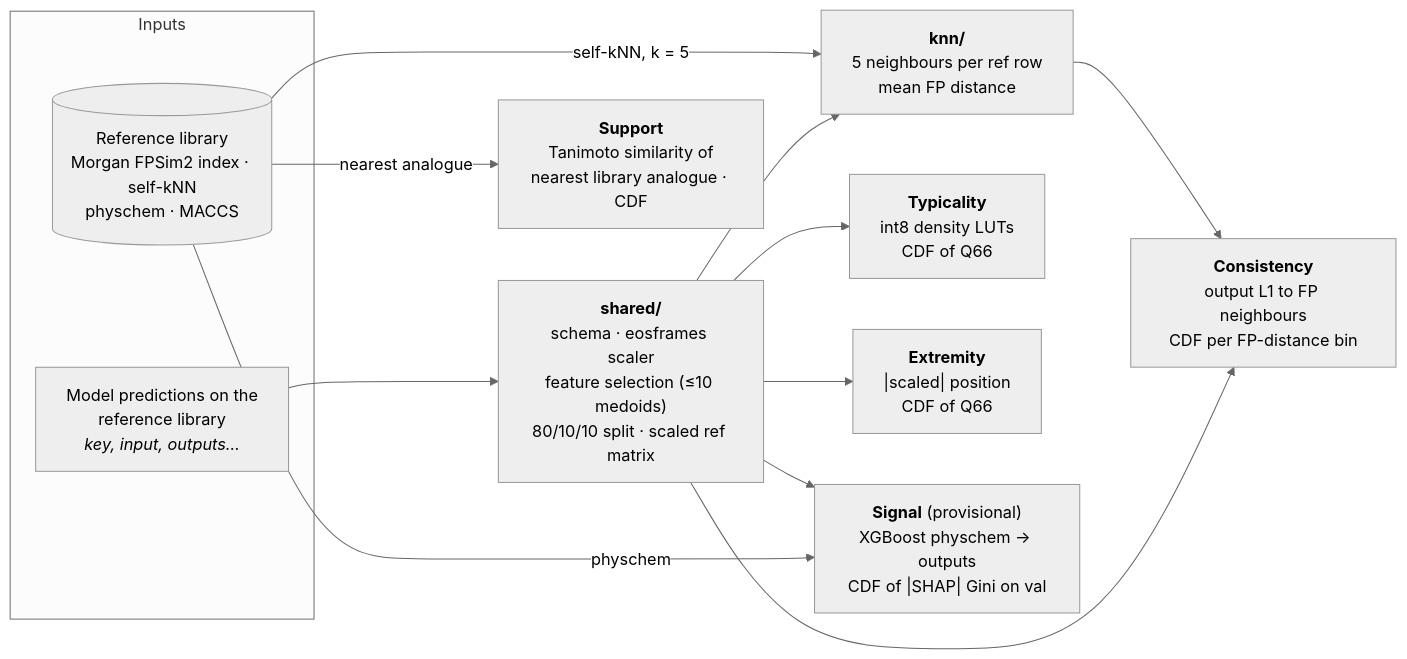
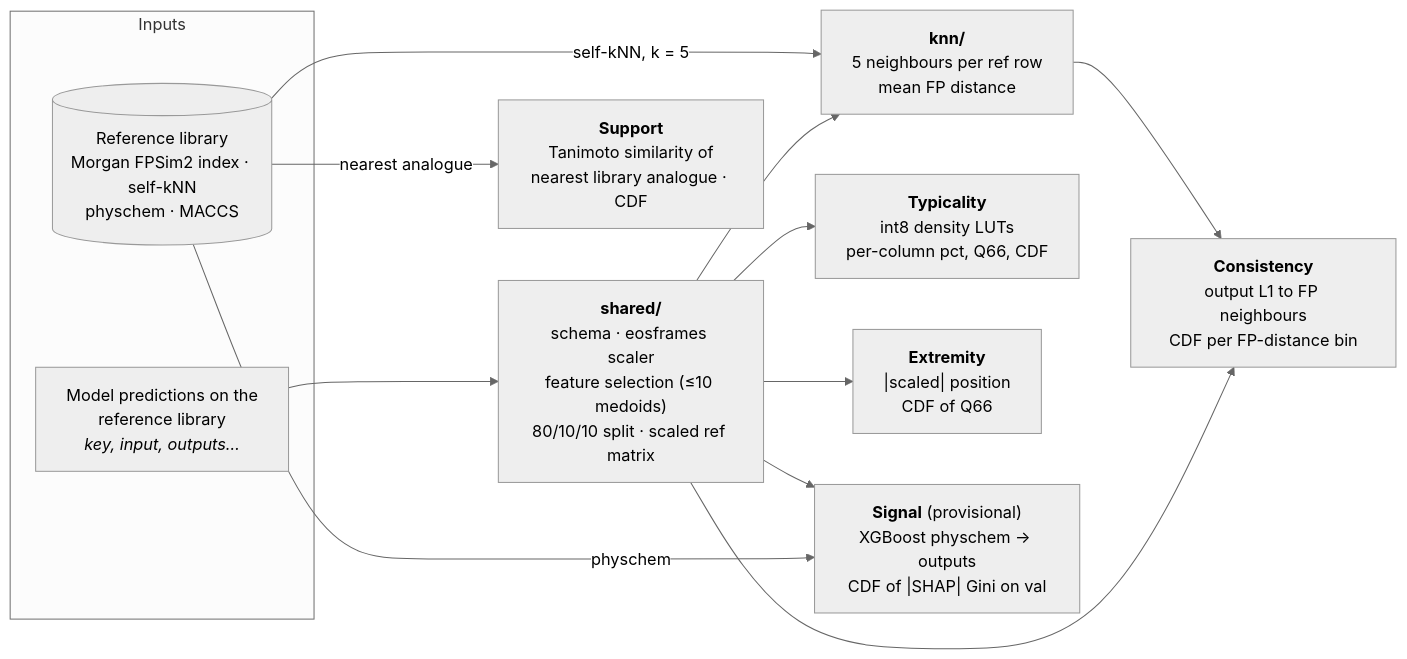
One commit to ersilia-os/eosquality changed the first of 3 diagrams in docs/diagram.md. Above: the diagram before and after it, drawn with Mermaid (neutral theme). The commit also changed 19 other files, not shown here.

First line of the commit message:
Typicality: per-column percentiles, ref_typicality_pct/_raw, details in the reference details file

````diff
--- a/docs/diagram.md
+++ b/docs/diagram.md
@@ -5,19 +5,19 @@
 ```mermaid
 flowchart LR
     subgraph inputs[Inputs]
         REF["Model predictions on the<br/>reference library<br/><i>key, input, outputs…</i>"]
         LIB[("Reference library<br/>Morgan FPSim2 index · self-kNN<br/>physchem · MACCS")]
     end
 
     REF --> SH["<b>shared/</b><br/>schema · eosframes scaler<br/>feature selection (≤10 medoids)<br/>80/10/10 split · scaled ref matrix"]
     LIB -- "self-kNN, k = 5" --> KNN["<b>knn/</b><br/>5 neighbours per ref row<br/>mean FP distance"]
     SH --> KNN
 
-    SH --> TYP["<b>Typicality</b><br/>int8 density LUTs<br/>CDF of Q66"]
+    SH --> TYP["<b>Typicality</b><br/>int8 density LUTs<br/>per-column pct, Q66, CDF"]
     SH --> EXT["<b>Extremity</b><br/>|scaled| position<br/>CDF of Q66"]
     LIB -- "nearest analogue" --> SUP["<b>Support</b><br/>Tanimoto similarity of<br/>nearest library analogue · CDF"]
     KNN --> CON["<b>Consistency</b><br/>output L1 to FP neighbours<br/>CDF per FP-distance bin"]
     SH --> CON
     SH --> SIG["<b>Signal</b> (provisional)<br/>XGBoost physchem → outputs<br/>CDF of |SHAP| Gini on val"]
     LIB -- "physchem" --> SIG
 ```
````
